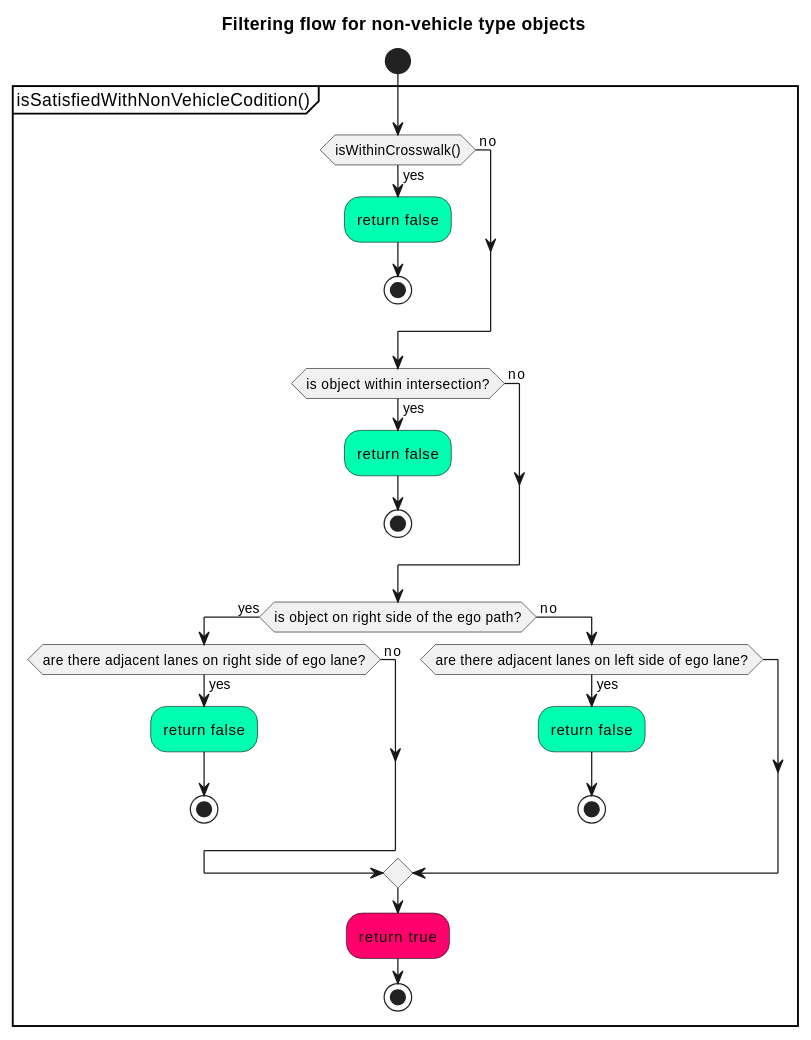
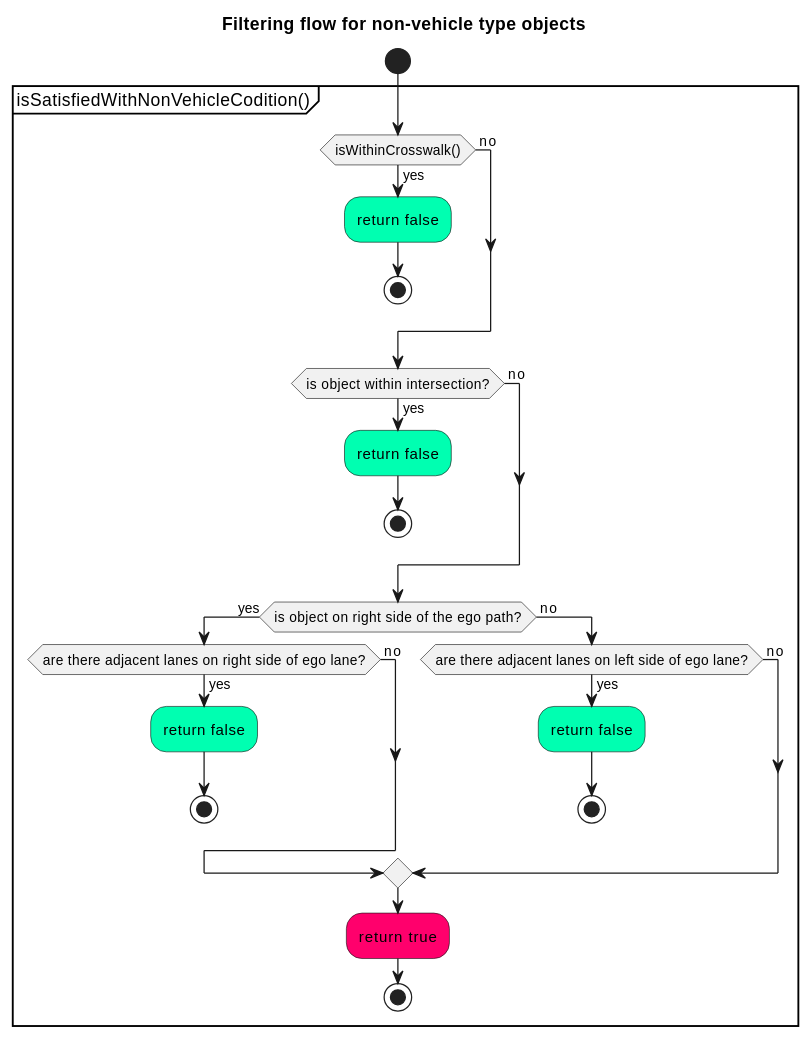
The eighth of 9 diagrams in planning/behavior_path_planner/autoware_behavior_path_static_obstacle_avoidance_module/README.md (autowarefoundation/autoware.universe), drawn with PlantUML before and after one commit.

````diff
--- a/planning/behavior_path_planner/autoware_behavior_path_static_obstacle_avoidance_module/README.md
+++ b/planning/behavior_path_planner/autoware_behavior_path_static_obstacle_avoidance_module/README.md
@@ -648,40 +648,41 @@
 ```plantuml
 @startuml
 skinparam defaultTextAlignment center
 skinparam noteTextAlignment left
 
 title Filtering flow for non-vehicle type objects
 start
 
 partition isSatisfiedWithNonVehicleCodition() {
 if(isWithinCrosswalk()) then (yes)
 #00FFB1 :return false;
 stop
 else (\n no)
 endif
 
 if(is object within intersection?) then (yes)
 #00FFB1 :return false;
 stop
 else (\n no)
 endif
 
 if(is object on right side of the ego path?) then (yes)
 if(are there adjacent lanes on right side of ego lane?) then (yes)
 #00FFB1 :return false;
 stop
 else (\n no)
 endif
 else (\n no)
 if(are there adjacent lanes on left side of ego lane?) then (yes)
 #00FFB1 :return false;
 stop
+else (\n no)
 endif
 endif
 
 #FF006C :return true;
 stop
 }
 
 @enduml
 ```
````
